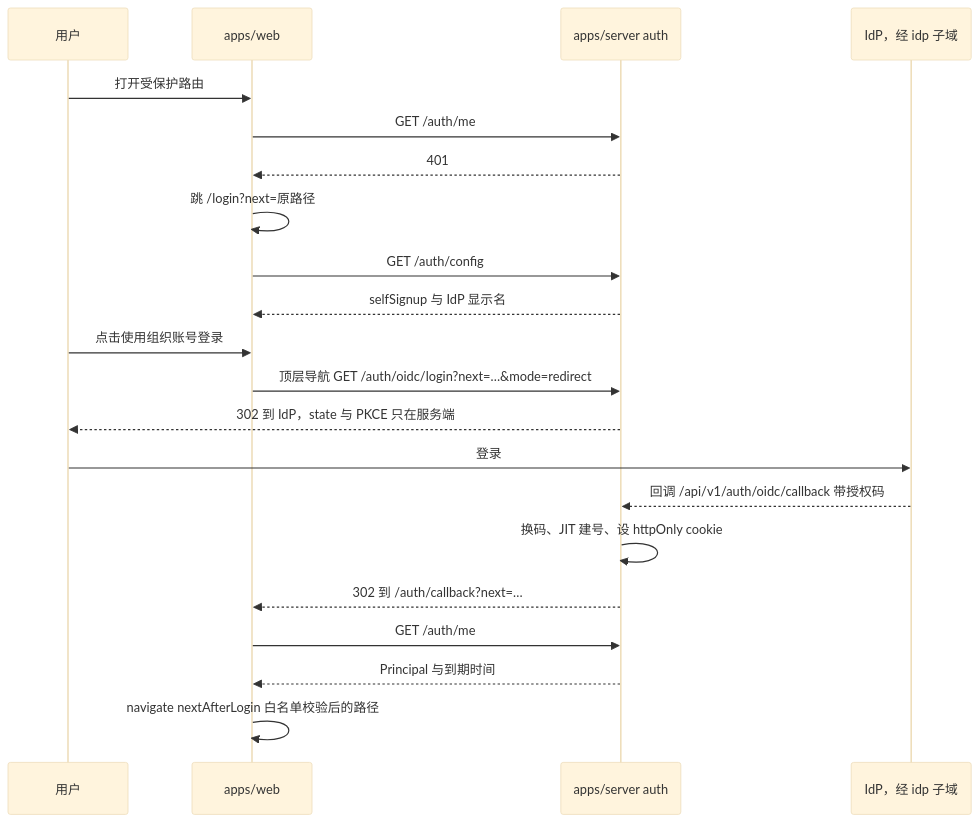
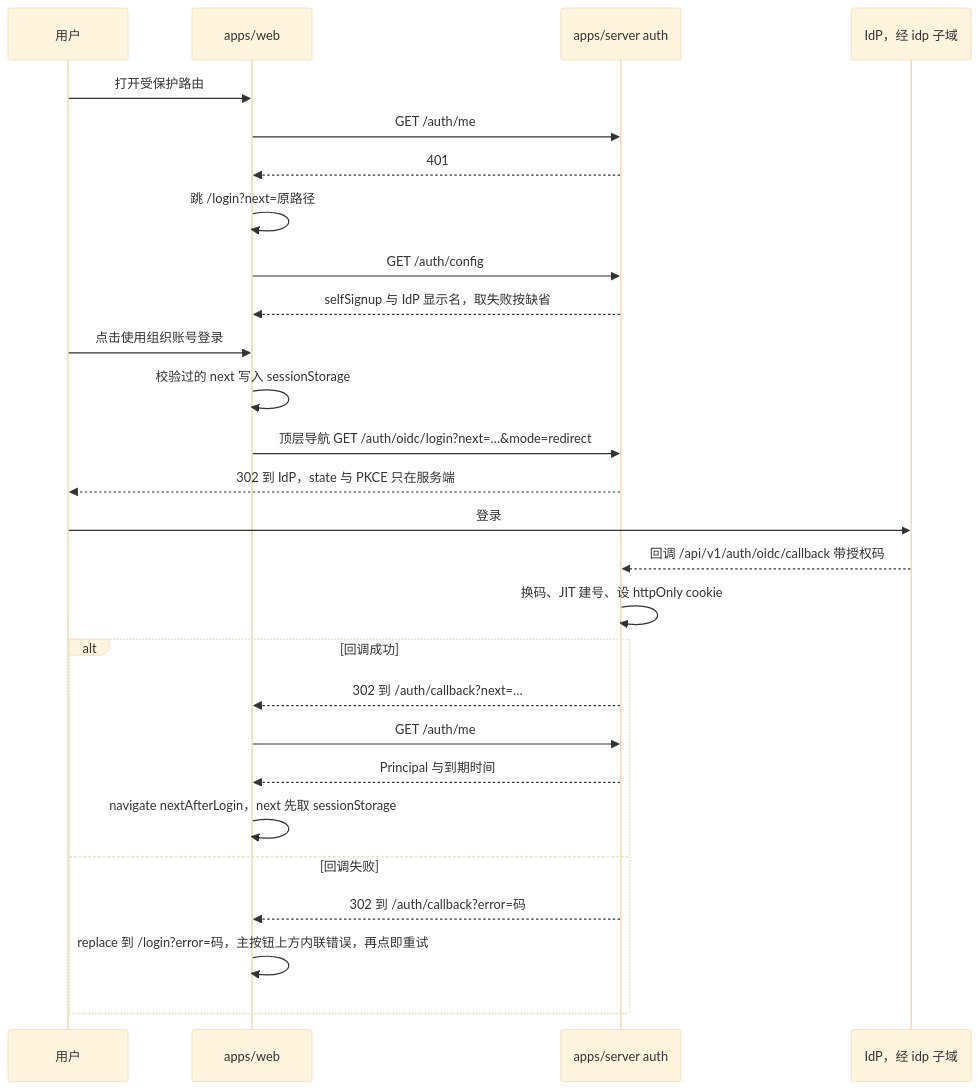
One commit to Xeonice/cordis-ppt-editor changed the third of 9 diagrams in docs/50-frontend/02-app-shell-routing-and-session.md. Above: the diagram before and after it, drawn with Mermaid (base theme). The commit also changed other lines of this file and 25 other files, not shown here.

````diff
--- a/docs/50-frontend/02-app-shell-routing-and-session.md
+++ b/docs/50-frontend/02-app-shell-routing-and-session.md
@@ -187,23 +195,29 @@
 ```mermaid
 sequenceDiagram
   participant user as 用户
   participant web as apps/web
   participant api as apps/server auth
   participant idp as IdP，经 idp 子域
   user->>web: 打开受保护路由
   web->>api: GET /auth/me
   api-->>web: 401
   web->>web: 跳 /login?next=原路径
   web->>api: GET /auth/config
-  api-->>web: selfSignup 与 IdP 显示名
+  api-->>web: selfSignup 与 IdP 显示名，取失败按缺省
   user->>web: 点击使用组织账号登录
+  web->>web: 校验过的 next 写入 sessionStorage
   web->>api: 顶层导航 GET /auth/oidc/login?next=…&mode=redirect
   api-->>user: 302 到 IdP，state 与 PKCE 只在服务端
   user->>idp: 登录
   idp-->>api: 回调 /api/v1/auth/oidc/callback 带授权码
   api->>api: 换码、JIT 建号、设 httpOnly cookie
-  api-->>web: 302 到 /auth/callback?next=…
-  web->>api: GET /auth/me
-  api-->>web: Principal 与到期时间
-  web->>web: navigate nextAfterLogin 白名单校验后的路径
+  alt 回调成功
+    api-->>web: 302 到 /auth/callback?next=…
+    web->>api: GET /auth/me
+    api-->>web: Principal 与到期时间
+    web->>web: navigate nextAfterLogin，next 先取 sessionStorage
+  else 回调失败
+    api-->>web: 302 到 /auth/callback?error=码
+    web->>web: replace 到 /login?error=码，主按钮上方内联错误，再点即重试
+  end
 ```
````
